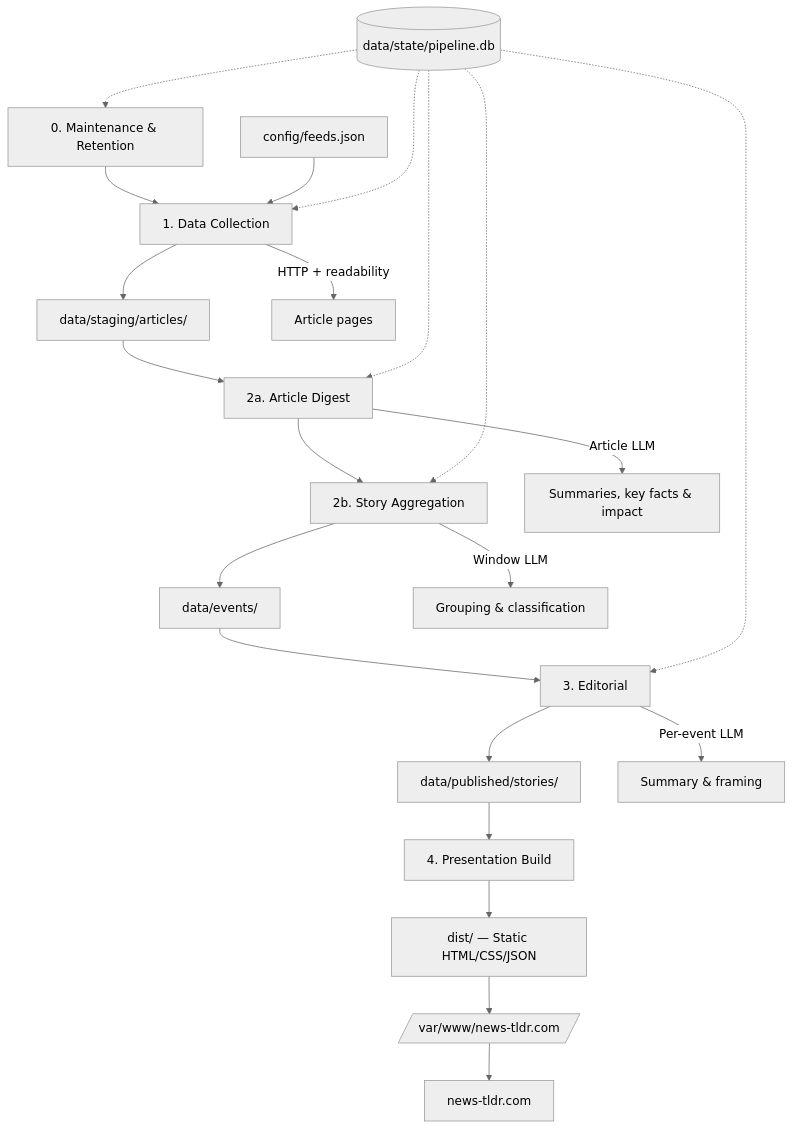
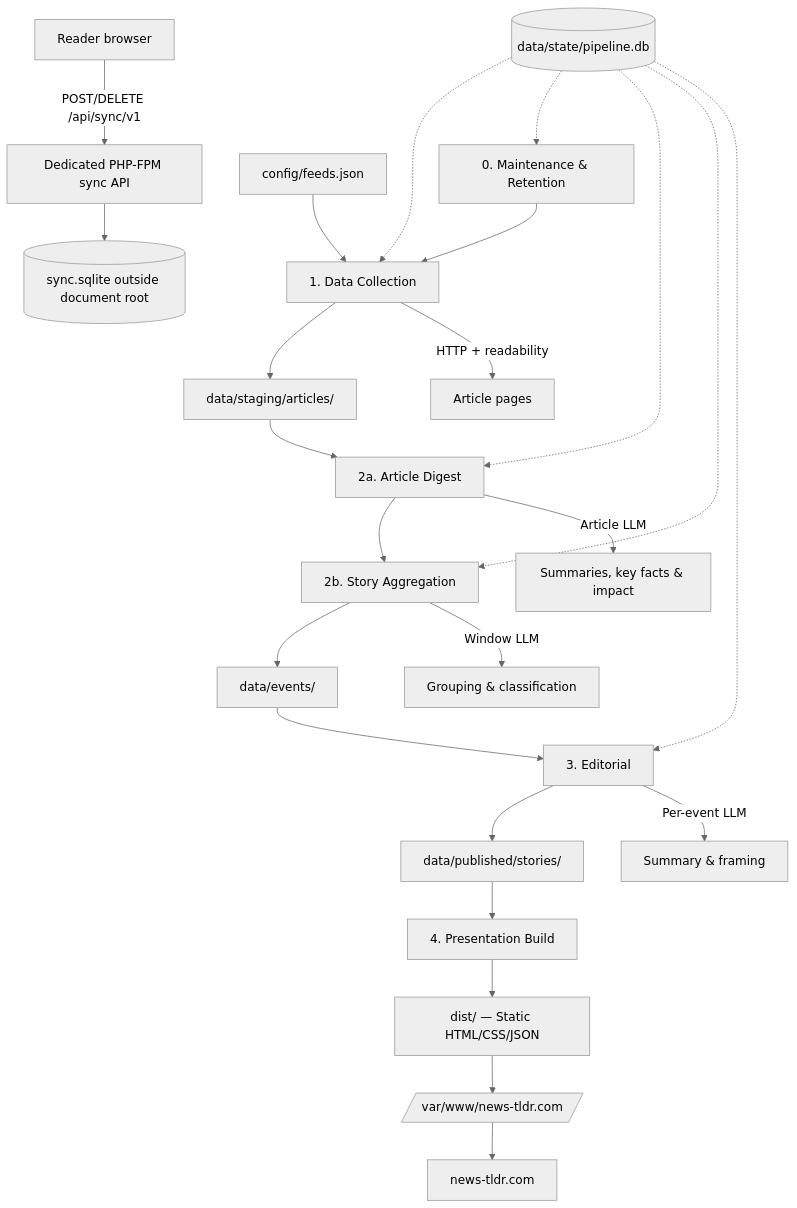
Before and after one commit to pmeenan/news-tldr.com: the diagram in docs/design.md, drawn with Mermaid (neutral theme). The commit also changed other lines of this file and 15 other files, not shown here.

````diff
--- a/docs/design.md
+++ b/docs/design.md
@@ -23,26 +24,28 @@
 ```mermaid
 graph TD
     Maintenance[0. Maintenance & Retention] --> Collect[1. Data Collection]
     Feeds[config/feeds.json] --> Collect[1. Data Collection]
     Collect --> Articles[data/staging/articles/]
     Articles --> Digest[2a. Article Digest]
     Digest --> Aggregate[2b. Story Aggregation]
     Aggregate --> Events[data/events/]
     Events --> Editorial[3. Editorial]
     Editorial --> Stories[data/published/stories/]
     Stories --> Present[4. Presentation Build]
     Present --> Site[dist/ — Static HTML/CSS/JSON]
     Site --> Publish[/var/www/news-tldr.com/]
     Publish --> Nginx[news-tldr.com]
+    Browser[Reader browser] -->|POST/DELETE /api/sync/v1| SyncAPI[Dedicated PHP-FPM sync API]
+    SyncAPI --> SyncState[(sync.sqlite outside document root)]
 
     State[(data/state/pipeline.db)] -.-> Collect
     State -.-> Maintenance
     State -.-> Digest
     State -.-> Aggregate
     State -.-> Editorial
 
     Collect -->|HTTP + readability| Pages[Article pages]
     Digest -->|Article LLM| ArticleDigest[Summaries, key facts & impact]
     Aggregate -->|Window LLM| Classify[Grouping & classification]
     Editorial -->|Per-event LLM| Summarize[Summary & framing]
 ```
````
